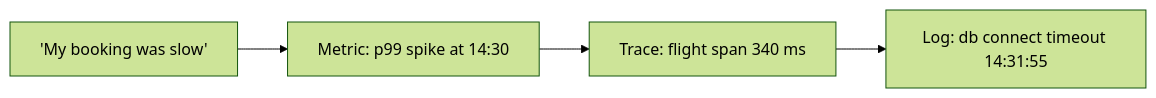
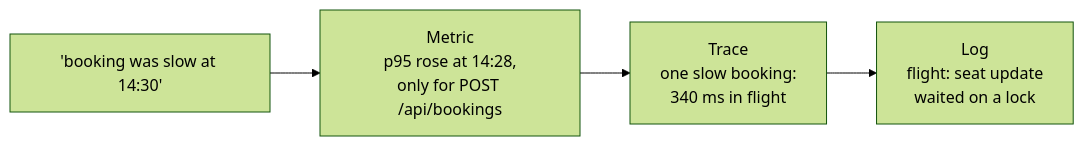
The diagram in docs/learn/observability/signals-and-metrics.md (darshan-raul/apollo11-docs), drawn with Mermaid (forest theme) before and after one commit. The commit also changed other lines of this file and 8 other files, not shown here.

````diff
--- a/docs/learn/observability/signals-and-metrics.md
+++ b/docs/learn/observability/signals-and-metrics.md
@@ -26,6 +26,6 @@
 ```mermaid
 flowchart LR
-  P["'My booking was slow'"] --> M[Metric: p99 spike at 14:30]
-  M --> T[Trace: flight span 340 ms]
-  T --> L[Log: db connect timeout 14:31:55]
+  P["'booking was slow at 14:30'"] --> M["Metric<br/>p95 rose at 14:28,<br/>only for POST /api/bookings"]
+  M --> T["Trace<br/>one slow booking:<br/>340 ms in flight"]
+  T --> L["Log<br/>flight: seat update<br/>waited on a lock"]
 ```
````
